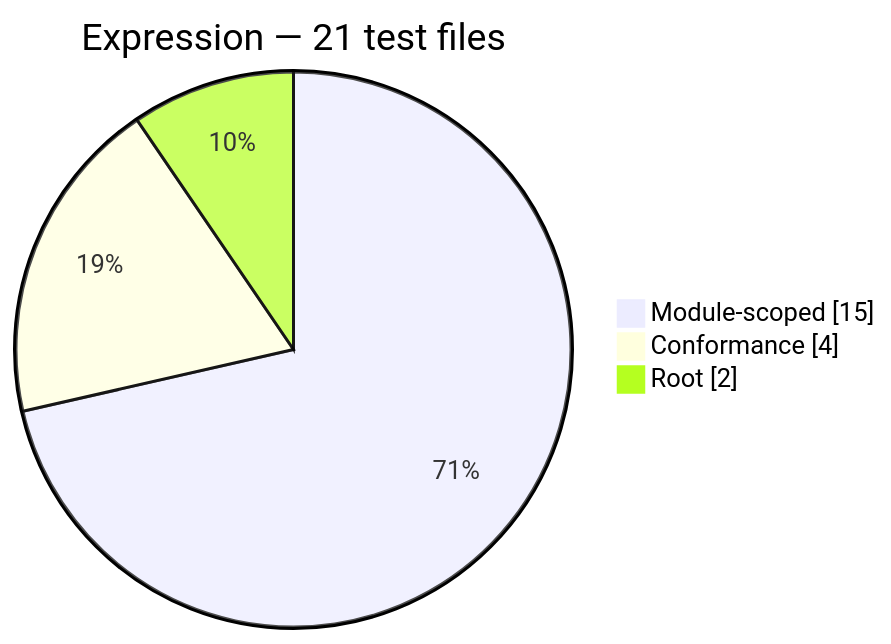
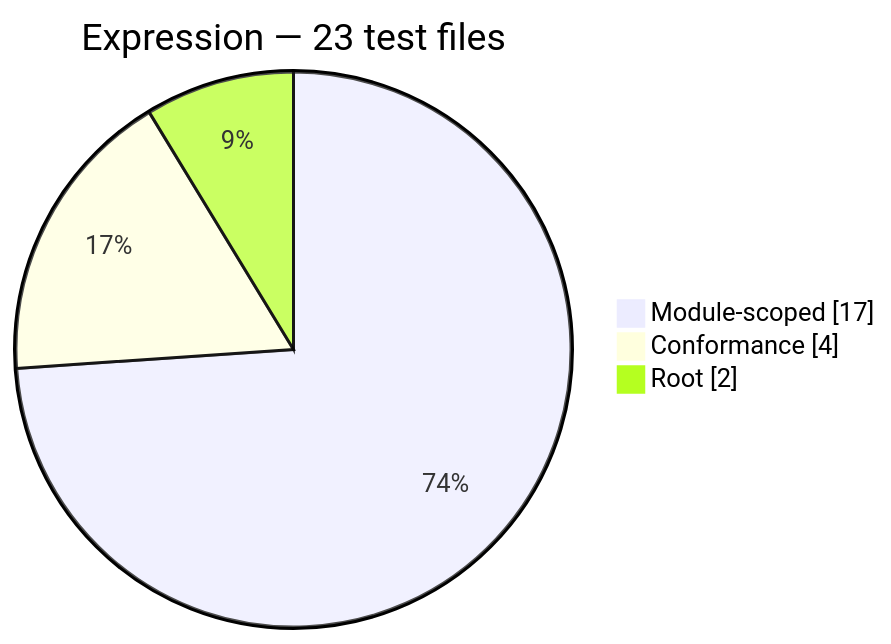
Before and after one commit to Mohammed-Alama/php-arazzo: the second of 12 diagrams in docs/generated/test-composition.md, drawn with Mermaid. The commit also changed other lines of this file and 31 other files, not shown here.

````diff
--- a/docs/generated/test-composition.md
+++ b/docs/generated/test-composition.md
@@ -28,7 +28,7 @@
 ```mermaid
 pie showData
-    title Expression — 21 test files
-    "Module-scoped": 15
+    title Expression — 23 test files
+    "Module-scoped": 17
     "Conformance": 4
     "Root": 2
 ```
````
